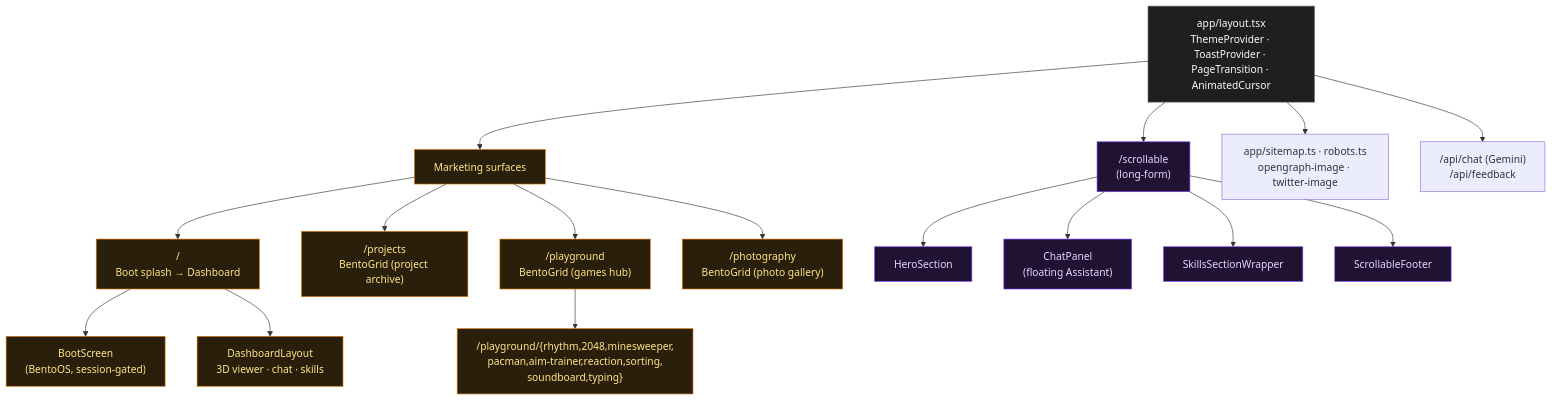
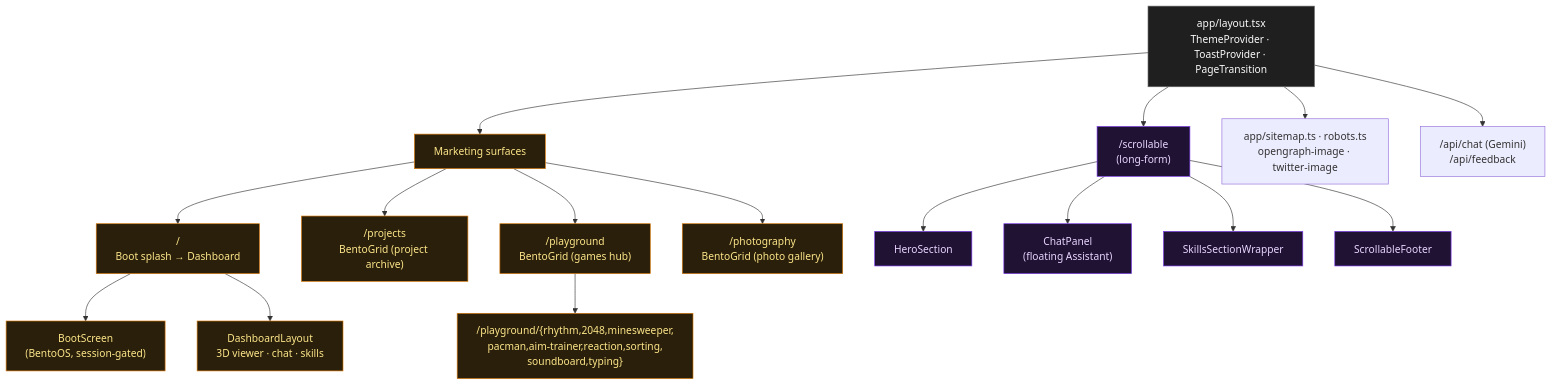
One commit to ANonABento/BentoSite changed the first of 3 diagrams in docs/architecture.md. Above: the diagram before and after it, drawn with Mermaid. The commit also changed other lines of this file and 2 other files, not shown here.

````diff
--- a/docs/architecture.md
+++ b/docs/architecture.md
@@ -20,32 +20,32 @@
 ```mermaid
 graph TD
-  Layout["app/layout.tsx<br/>ThemeProvider · ToastProvider · PageTransition · AnimatedCursor"]
+  Layout["app/layout.tsx<br/>ThemeProvider · ToastProvider · PageTransition"]
 
   Layout --> Marketing["Marketing surfaces"]
   Layout --> Scrollable["/scrollable<br/>(long-form)"]
 
   Marketing --> Home["/<br/>Boot splash → Dashboard"]
   Marketing --> Projects["/projects<br/>BentoGrid (project archive)"]
   Marketing --> Playground["/playground<br/>BentoGrid (games hub)"]
   Marketing --> Photography["/photography<br/>BentoGrid (photo gallery)"]
 
   Home --> Boot["BootScreen<br/>(BentoOS, session-gated)"]
   Home --> Dashboard["DashboardLayout<br/>3D viewer · chat · skills"]
 
   Playground --> Games["/playground/{rhythm,2048,minesweeper,<br/>pacman,aim-trainer,reaction,sorting,<br/>soundboard,typing}"]
 
   Scrollable --> Hero["HeroSection"]
   Scrollable --> ScrollChat["ChatPanel<br/>(floating Assistant)"]
   Scrollable --> SkillsScroll["SkillsSectionWrapper"]
   Scrollable --> Footer["ScrollableFooter"]
 
   Layout --> SEO["app/sitemap.ts · robots.ts<br/>opengraph-image · twitter-image"]
   Layout --> API["/api/chat (Gemini)<br/>/api/feedback"]
 
   classDef shell fill:#1f1f1f,stroke:#666,color:#fafafa
   classDef bento fill:#2a1f0a,stroke:#d97706,color:#fde68a
   classDef long  fill:#1f1233,stroke:#7c3aed,color:#e9d5ff
   class Layout shell
   class Marketing,Home,Projects,Playground,Photography,Boot,Dashboard,Games bento
   class Scrollable,Hero,ScrollChat,SkillsScroll,Footer long
 ```
````
